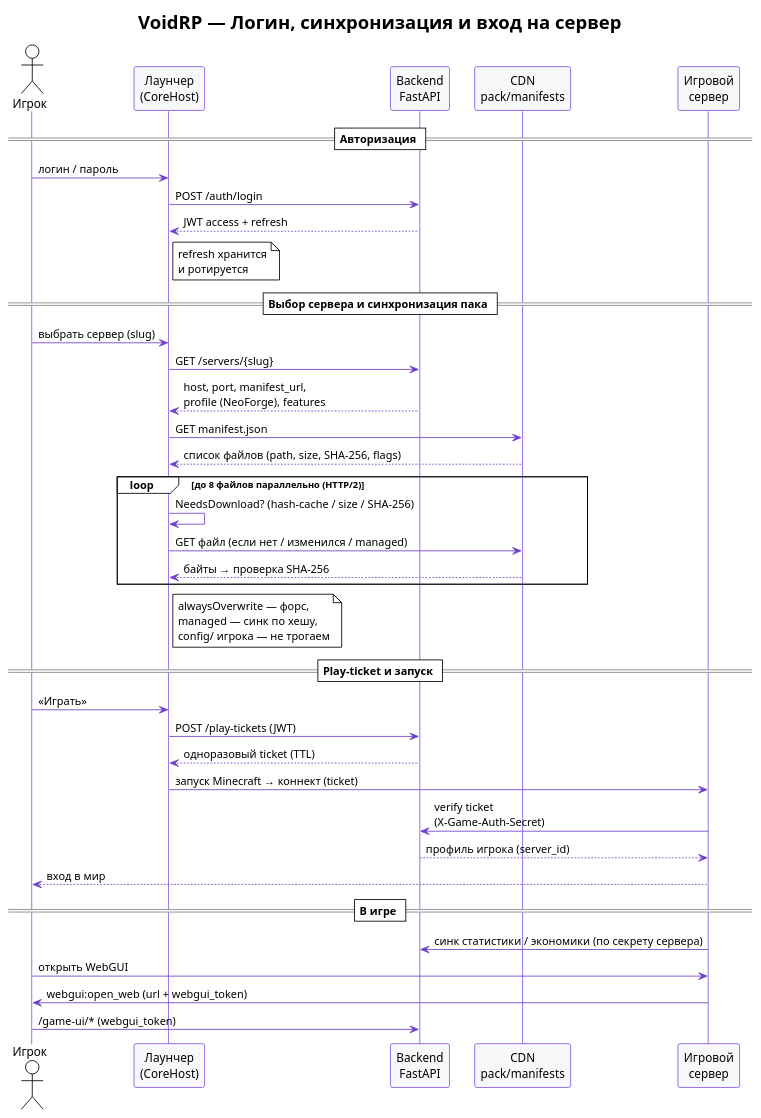
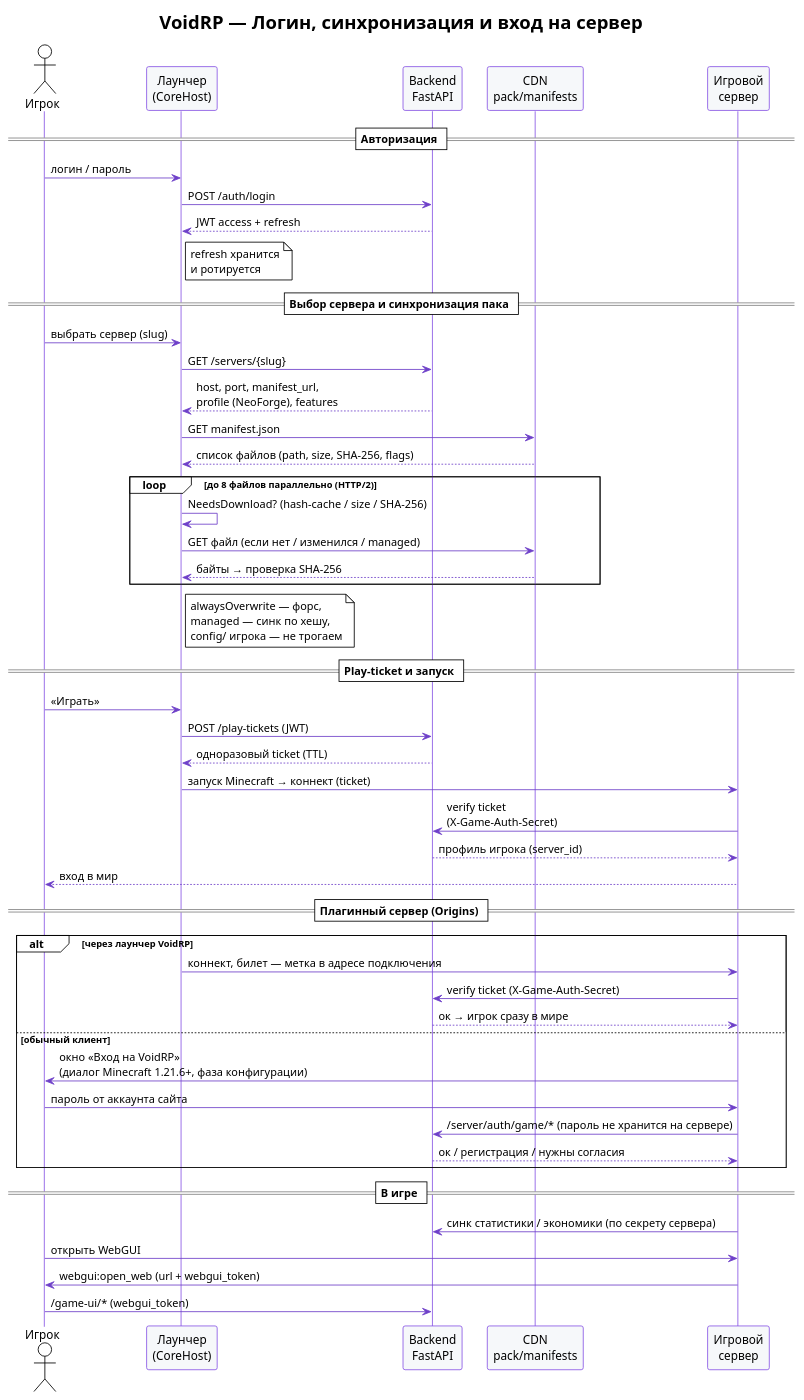
Before and after one commit to VOIDRP-MINECRAFT/.github: the diagram in profile/diagrams/flow-auth-launch.puml, drawn with PlantUML. The commit also changed 4 other files, not shown here.

```diff
--- a/profile/diagrams/flow-auth-launch.puml
+++ b/profile/diagrams/flow-auth-launch.puml
@@ -1,51 +1,63 @@
 @startuml VoidRP-Auth-Launch
 !theme plain
 skinparam backgroundColor #FFFFFF
 skinparam shadowing false
 skinparam defaultFontName Helvetica
 skinparam ArrowColor #6E40C9
 skinparam sequenceLifeLineBorderColor #8957E5
 skinparam participantBorderColor #8957E5
 skinparam participantBackgroundColor #F6F8FA
 title <b>VoidRP — Логин, синхронизация и вход на сервер</b>
 
 actor Игрок as U
 participant "Лаунчер\n(CoreHost)" as L
 participant "Backend\nFastAPI" as B
 participant "CDN\npack/manifests" as C
 participant "Игровой\nсервер" as S
 
 == Авторизация ==
 U -> L : логин / пароль
 L -> B : POST /auth/login
 B --> L : JWT access + refresh
 note right of L : refresh хранится\nи ротируется
 
 == Выбор сервера и синхронизация пака ==
 U -> L : выбрать сервер (slug)
 L -> B : GET /servers/{slug}
 B --> L : host, port, manifest_url,\nprofile (NeoForge), features
 L -> C : GET manifest.json
 C --> L : список файлов (path, size, SHA-256, flags)
 loop до 8 файлов параллельно (HTTP/2)
   L -> L : NeedsDownload? (hash-cache / size / SHA-256)
   L -> C : GET файл (если нет / изменился / managed)
   C --> L : байты → проверка SHA-256
 end
 note right of L : alwaysOverwrite — форс,\nmanaged — синк по хешу,\nconfig/ игрока — не трогаем
 
 == Play-ticket и запуск ==
 U -> L : «Играть»
 L -> B : POST /play-tickets (JWT)
 B --> L : одноразовый ticket (TTL)
 L -> S : запуск Minecraft → коннект (ticket)
 S -> B : verify ticket\n(X-Game-Auth-Secret)
 B --> S : профиль игрока (server_id)
 S --> U : вход в мир
 
+== Плагинный сервер (Origins) ==
+alt через лаунчер VoidRP
+  L -> S : коннект, билет — метка в адресе подключения
+  S -> B : verify ticket (X-Game-Auth-Secret)
+  B --> S : ок → игрок сразу в мире
+else обычный клиент
+  S -> U : окно «Вход на VoidRP»\n(диалог Minecraft 1.21.6+, фаза конфигурации)
+  U -> S : пароль от аккаунта сайта
+  S -> B : /server/auth/game/* (пароль не хранится на сервере)
+  B --> S : ок / регистрация / нужны согласия
+end
+
 == В игре ==
 S -> B : синк статистики / экономики (по секрету сервера)
 U -> S : открыть WebGUI
 S -> U : webgui:open_web (url + webgui_token)
 U -> B : /game-ui/* (webgui_token)
 @enduml
```
